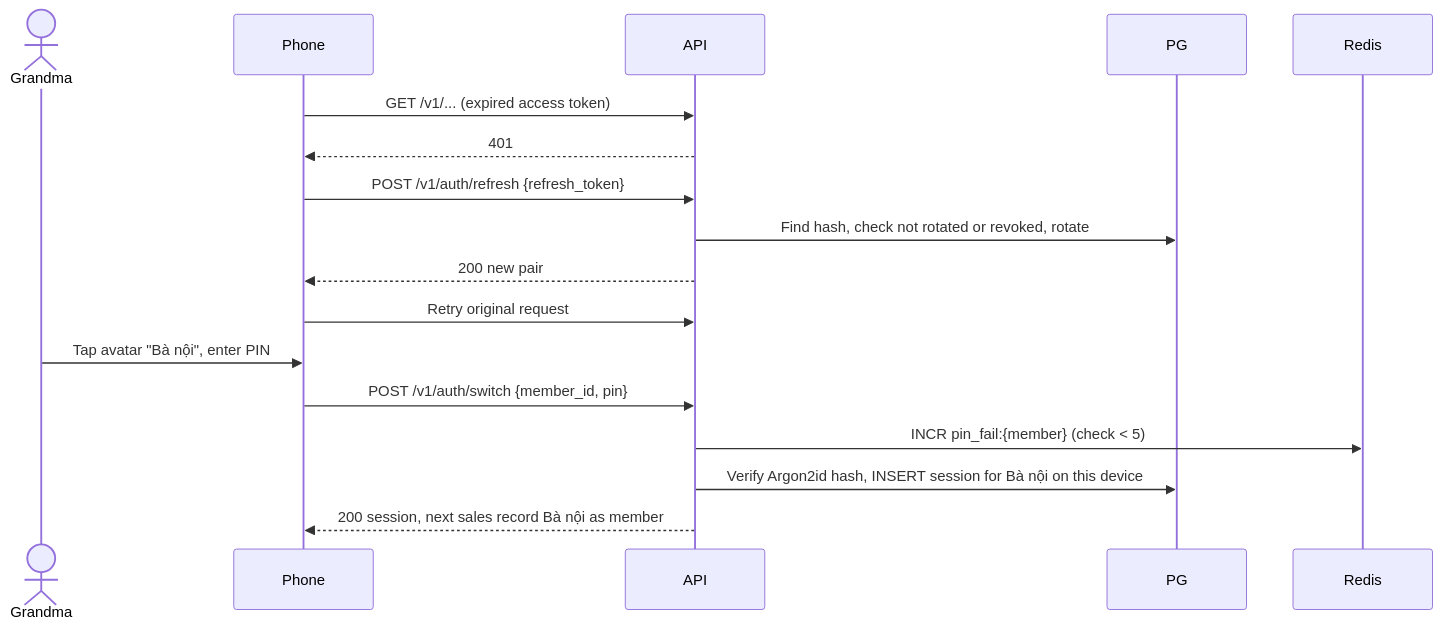
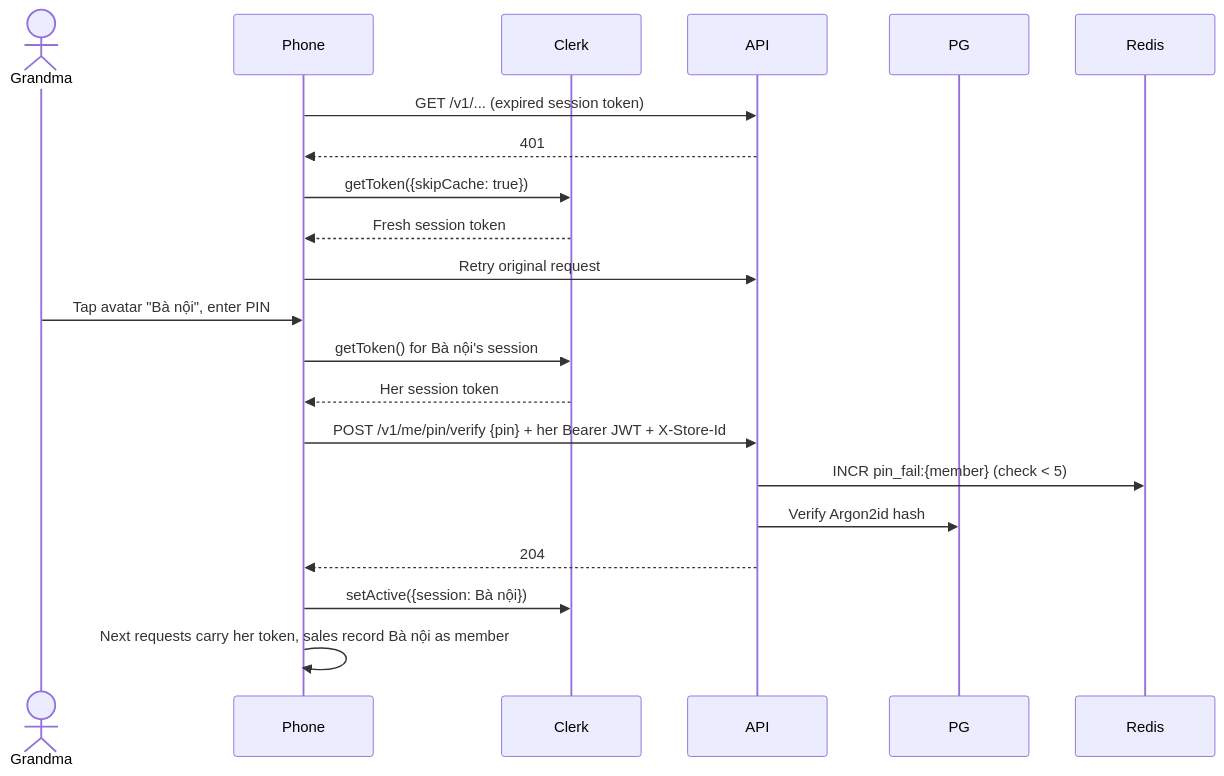
Before and after one commit to datamonsterr/taphoa-mini: diagram 16 of 16 in docs/architecture.md, drawn with Mermaid. The commit also changed other lines of this file and 2 other files, not shown here.

First line of the commit message:
docs: clerk identity in architecture

````diff
--- a/docs/architecture.md
+++ b/docs/architecture.md
@@ -708,19 +729,23 @@
 ```mermaid
 sequenceDiagram
     actor Grandma
     participant Phone
+    participant Clerk
     participant API
     participant PG
     participant Redis
-    Phone->>API: GET /v1/... (expired access token)
+    Phone->>API: GET /v1/... (expired session token)
     API-->>Phone: 401
-    Phone->>API: POST /v1/auth/refresh {refresh_token}
-    API->>PG: Find hash, check not rotated or revoked, rotate
-    API-->>Phone: 200 new pair
+    Phone->>Clerk: getToken({skipCache: true})
+    Clerk-->>Phone: Fresh session token
     Phone->>API: Retry original request
     Grandma->>Phone: Tap avatar "Bà nội", enter PIN
-    Phone->>API: POST /v1/auth/switch {member_id, pin}
+    Phone->>Clerk: getToken() for Bà nội's session
+    Clerk-->>Phone: Her session token
+    Phone->>API: POST /v1/me/pin/verify {pin} + her Bearer JWT + X-Store-Id
     API->>Redis: INCR pin_fail:{member} (check < 5)
-    API->>PG: Verify Argon2id hash, INSERT session for Bà nội on this device
-    API-->>Phone: 200 session, next sales record Bà nội as member
+    API->>PG: Verify Argon2id hash
+    API-->>Phone: 204
+    Phone->>Clerk: setActive({session: Bà nội})
+    Phone->>Phone: Next requests carry her token, sales record Bà nội as member
 ```
````
